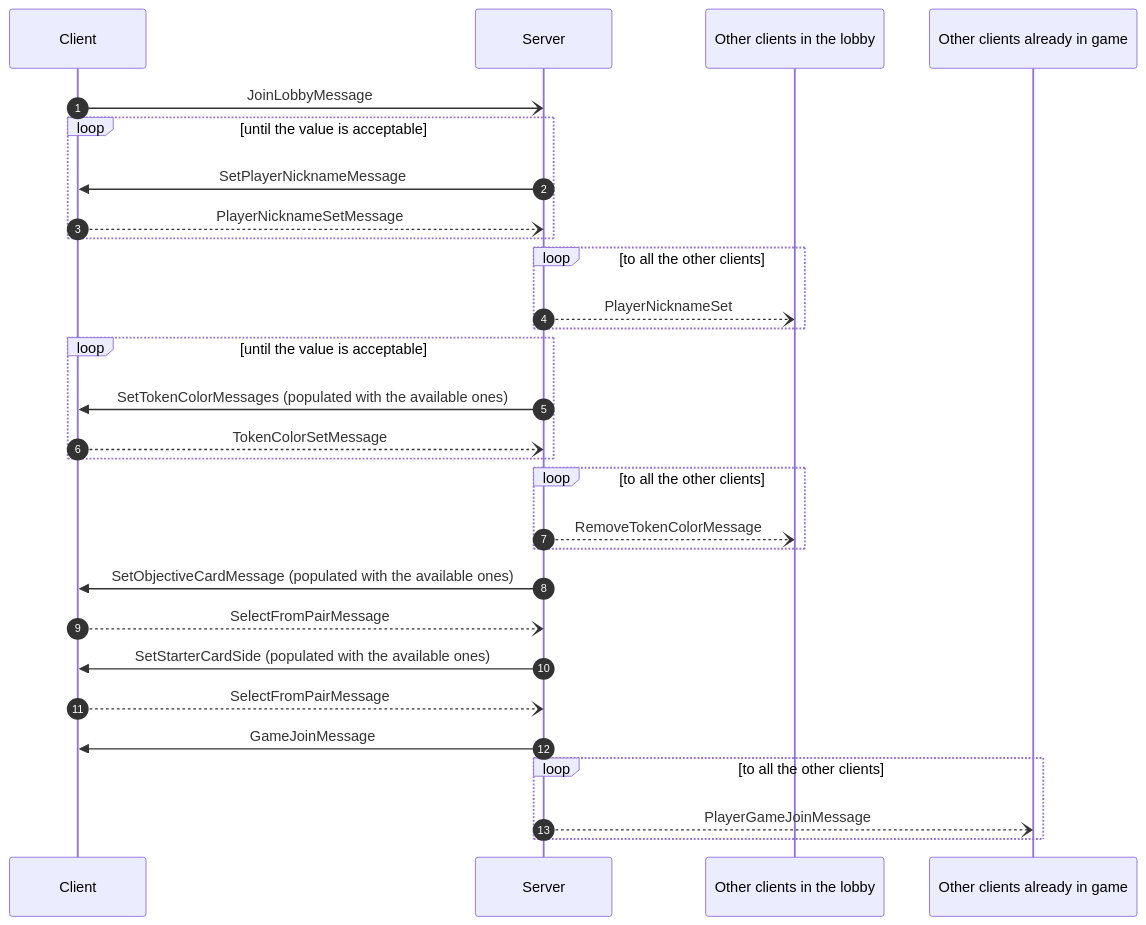
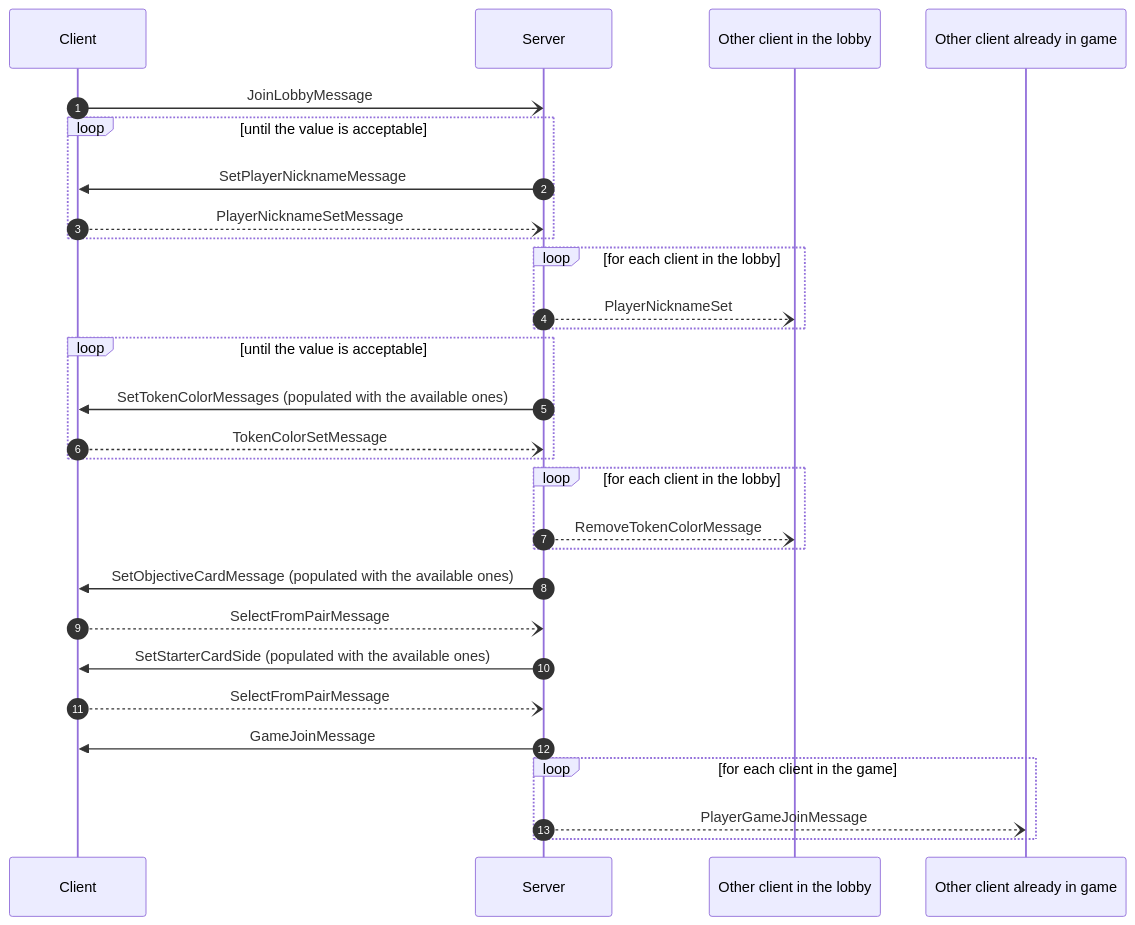
Before and after one commit to frephs/IS24-AM21: the first of 5 diagrams in documentation_wip/network_protocol.md, drawn with Mermaid. The commit also changed other lines of this file, not shown here.

Commit message:
docs-fix: client multiplicity and loops, add an optional

````diff
--- a/documentation_wip/network_protocol.md
+++ b/documentation_wip/network_protocol.md
@@ -14,41 +11,41 @@
 ```mermaid
 sequenceDiagram
     autonumber
     Client -) Server : JoinLobbyMessage
     loop until the value is acceptable
     
     # Player Nickname
     Server ->> Client : SetPlayerNicknameMessage
     Client --) Server : PlayerNicknameSetMessage 
     end
     
-    loop to all the other clients
-    Server --) Other clients in the lobby:  PlayerNicknameSet
+    loop for each client in the lobby
+    Server --) Other client in the lobby:  PlayerNicknameSet
     end
 
     # Player Token color 
     loop until the value is acceptable
     Server ->> Client : SetTokenColorMessages (populated with the available ones)
     
     Client --) Server : TokenColorSetMessage 
     end
     
-    loop to all the other clients
-    Server --) Other clients in the lobby:  RemoveTokenColorMessage
+    loop for each client in the lobby
+    Server --) Other client in the lobby:  RemoveTokenColorMessage
     end
 
 
     # Player Secret Objective 
     Server ->> Client : SetObjectiveCardMessage (populated with the available ones)
     Client --) Server : SelectFromPairMessage
 
     #Player Starter Card Side to place
     Server ->> Client : SetStarterCardSide (populated with the available ones)
     Client --) Server : SelectFromPairMessage
     Server ->> Client : GameJoinMessage
     
-    loop to all the other clients
-    Server --) Other clients already in game:  PlayerGameJoinMessage
+    loop for each client in the game
+    Server --) Other client already in game:  PlayerGameJoinMessage
     end
 
 ```
````
